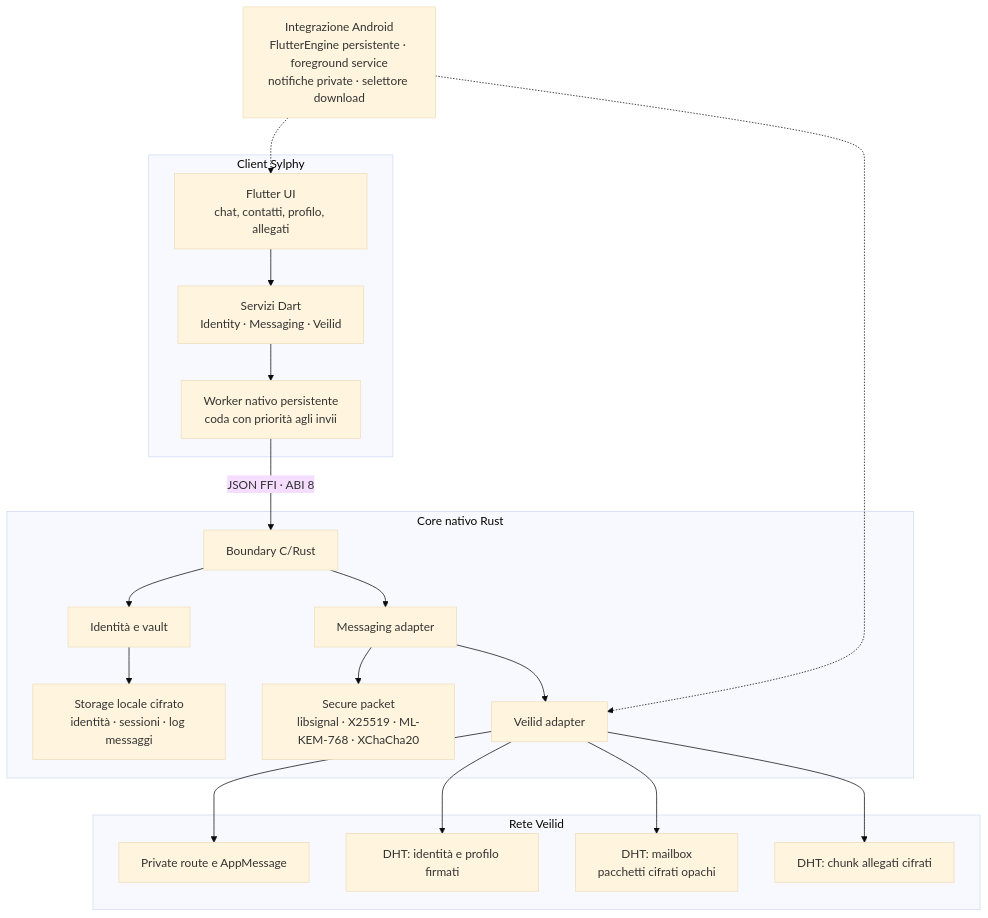
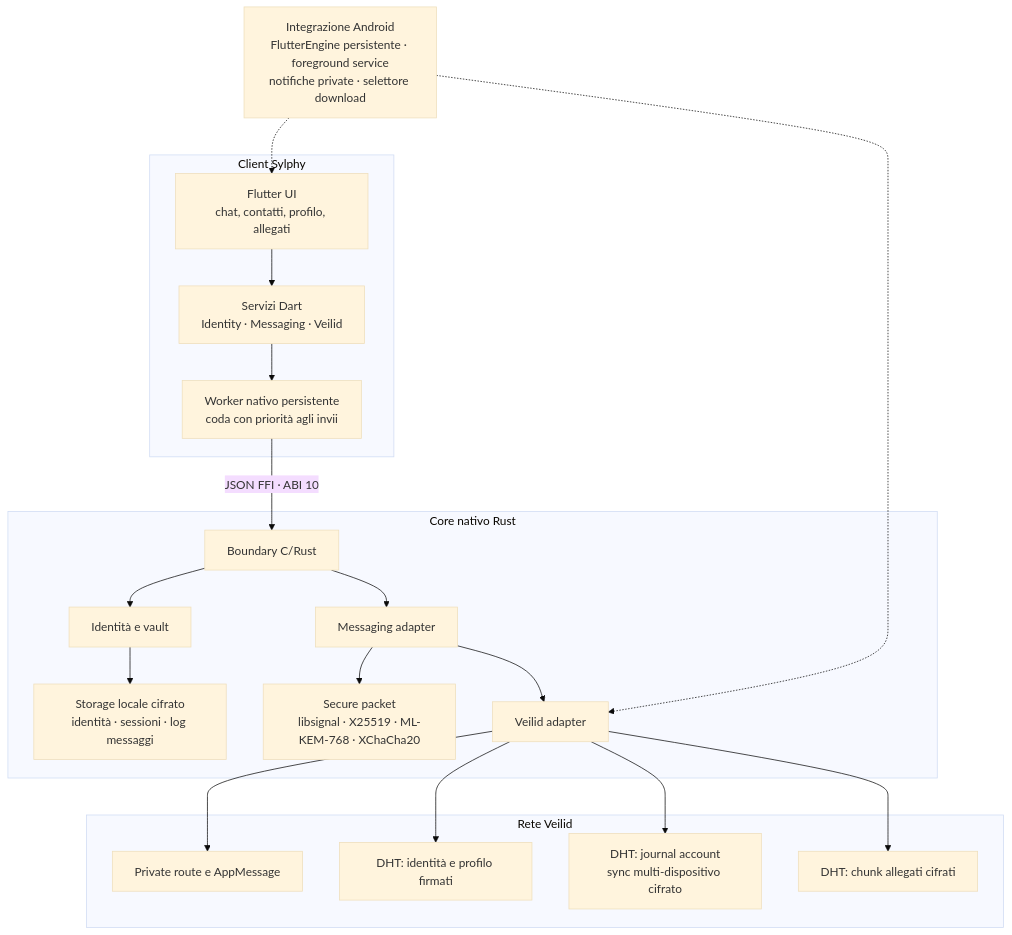
The diagram in README.md (ImHisako/Sylphy), drawn with Mermaid (base theme) before and after one commit. The commit also changed other lines of this file and 60 other files, not shown here.

````diff
--- a/README.md
+++ b/README.md
@@ -89,30 +91,30 @@
 ```mermaid
 flowchart TB
     subgraph Client["Client Sylphy"]
         UI["Flutter UI\nchat, contatti, profilo, allegati"]
         DS["Servizi Dart\nIdentity · Messaging · Veilid"]
         BG["Worker nativo persistente\ncoda con priorità agli invii"]
         UI --> DS --> BG
     end
 
-    BG -->|"JSON FFI · ABI 8"| FFI["Boundary C/Rust"]
+    BG -->|"JSON FFI · ABI 10"| FFI["Boundary C/Rust"]
 
     subgraph Core["Core nativo Rust"]
         FFI --> ID["Identità e vault"]
         FFI --> MSG["Messaging adapter"]
         MSG --> CRYPTO["Secure packet\nlibsignal · X25519 · ML-KEM-768 · XChaCha20"]
         MSG --> VA["Veilid adapter"]
         ID --> LOCAL["Storage locale cifrato\nidentità · sessioni · log messaggi"]
     end
 
     subgraph Network["Rete Veilid"]
         VA --> ROUTE["Private route e AppMessage"]
         VA --> DHTID["DHT: identità e profilo firmati"]
-        VA --> MAIL["DHT: mailbox\npacchetti cifrati opachi"]
+        VA --> MAIL["DHT: journal account\nsync multi-dispositivo cifrato"]
         VA --> FILES["DHT: chunk allegati cifrati"]
     end
 
     ANDROID["Integrazione Android\nFlutterEngine persistente · foreground service\nnotifiche private · selettore download"]
     ANDROID -.-> UI
     ANDROID -.-> VA
 ```
````
